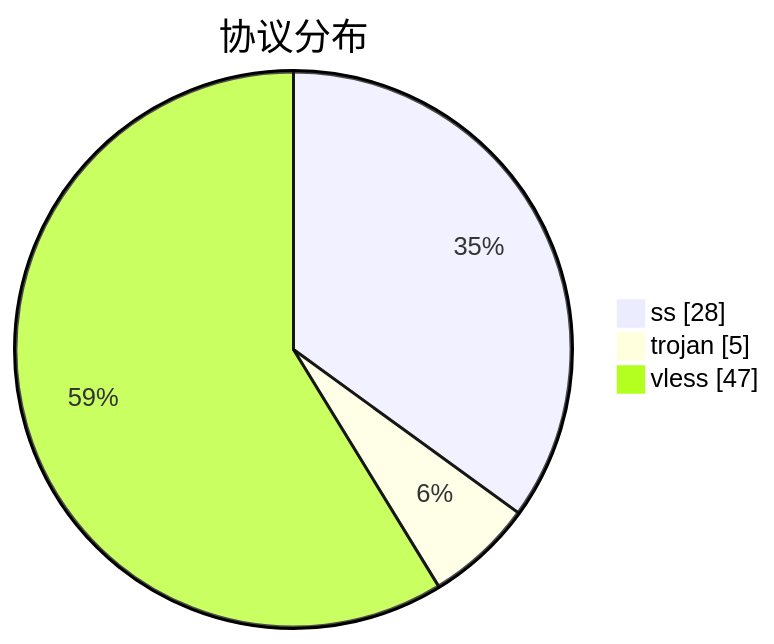
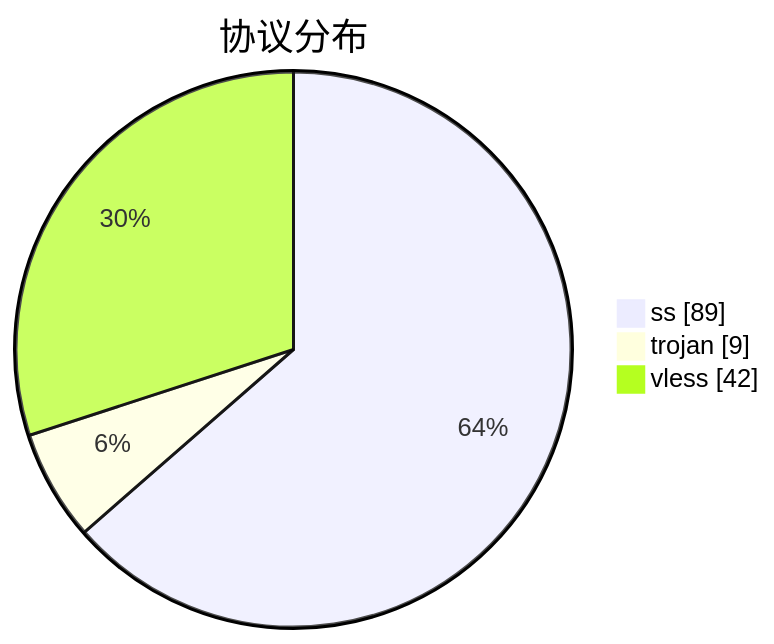
One commit to qjlxg/airport changed the third of 3 diagrams in subs/statistics/tested_within.md. Above: the diagram before and after it, drawn with Mermaid. The commit also changed other lines of this file and 2 other files, not shown here.

````diff
--- a/subs/statistics/tested_within.md
+++ b/subs/statistics/tested_within.md
@@ -26,7 +35,7 @@
 ```mermaid
 pie showData
 title 协议分布
-"ss" : 28
-"trojan" : 5
-"vless" : 47
+"ss" : 89
+"trojan" : 9
+"vless" : 42
 ```
````
